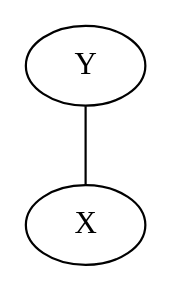
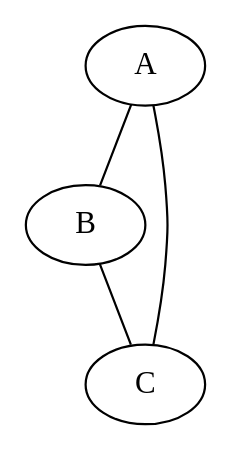
Before and after one commit to joannb1022/GraphTransformations: the diagram in data/P3.dot, drawn with Graphviz. The commit also changed 26 other files, not shown here.

```diff
--- a/data/P3.dot
+++ b/data/P3.dot
@@ -1,5 +1,8 @@
-graph R {
-    r1 [label = "Y"];
-    r2 [label = "X"];
-    r1 -- r2;
+graph RHS_3 {
+v1 -- v2;
+v2 -- v3;
+v3 -- v1;
+v1 [label="A"];
+v2 [label="B"];
+v3 [label="C"];
 }
```
